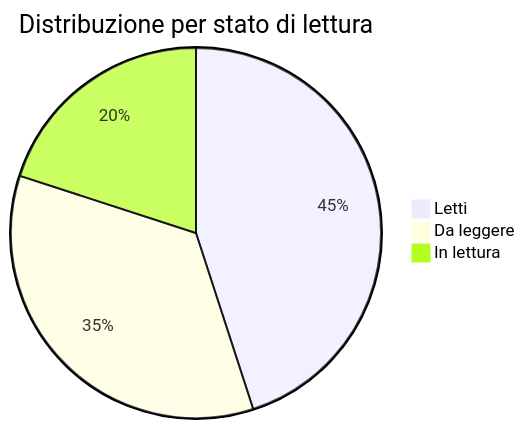
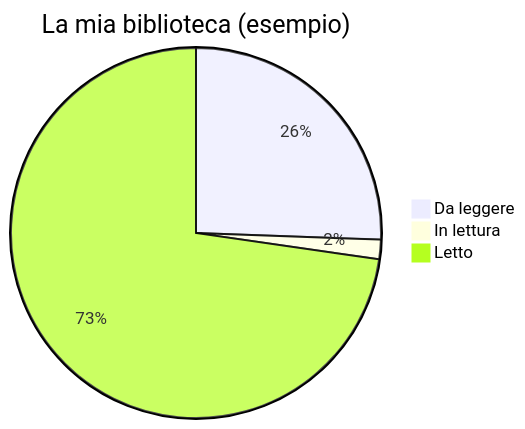
The second of 2 diagrams in docs_it/user/10-reading-progress.md (jinbocho/jinbocho.github.io), drawn with Mermaid before and after one commit. The commit also changed other lines of this file and 46 other files, not shown here.

````diff
--- a/docs_it/user/10-reading-progress.md
+++ b/docs_it/user/10-reading-progress.md
@@ -68,6 +126,6 @@
 ```mermaid
-pie title Distribuzione per stato di lettura
-    "Letti" : 45
-    "Da leggere" : 35
-    "In lettura" : 20
+pie title La mia biblioteca (esempio)
+    "Da leggere" : 45
+    "In lettura" : 3
+    "Letto" : 128
 ```
````
